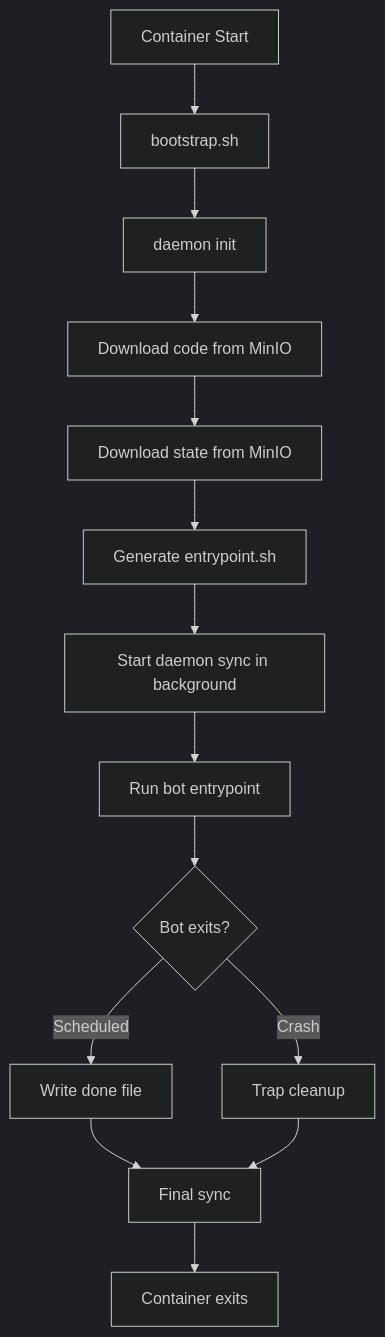
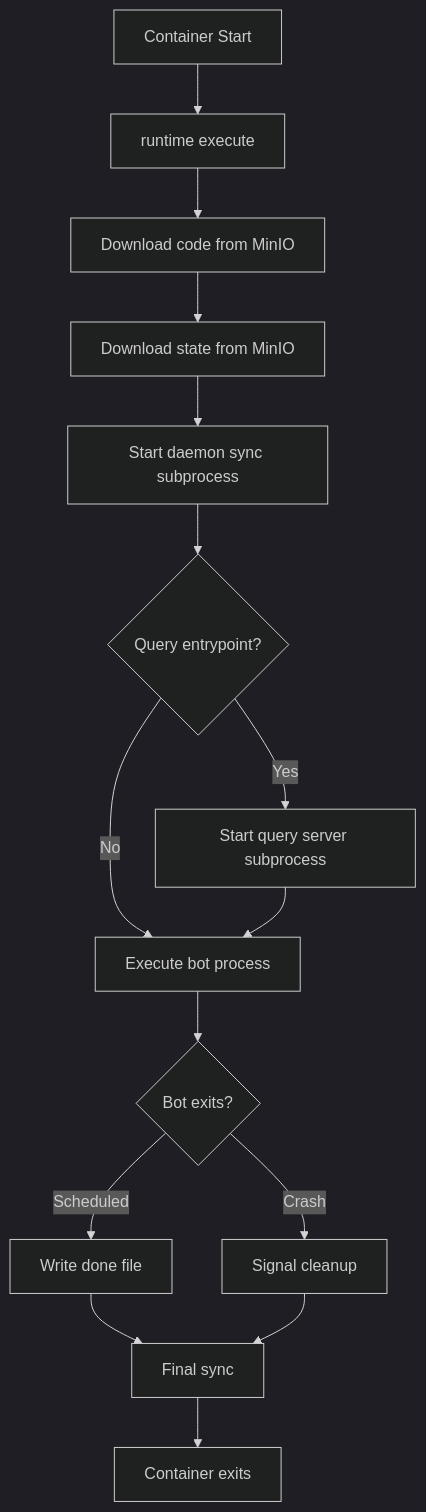
Before and after one commit to alexanderwanyoike/the0: the second of 2 diagrams in runtime/internal/docker/README.md, drawn with Mermaid (dark theme). The commit also changed other lines of this file and 2 other files, not shown here.

First line of the commit message:
docs: Update runtime documentation with query system and architecture

````diff
--- a/runtime/internal/docker/README.md
+++ b/runtime/internal/docker/README.md
@@ -47,16 +48,17 @@
 ```mermaid
 flowchart TD
-    A[Container Start] --> B[bootstrap.sh]
-    B --> C[daemon init]
-    C --> D[Download code from MinIO]
-    D --> E[Download state from MinIO]
-    E --> F[Generate entrypoint.sh]
-    F --> G[Start daemon sync in background]
-    G --> H[Run bot entrypoint]
+    A[Container Start] --> B[runtime execute]
+    B --> C[Download code from MinIO]
+    C --> D[Download state from MinIO]
+    D --> E[Start daemon sync subprocess]
+    E --> F{Query entrypoint?}
+    F -->|Yes| G[Start query server subprocess]
+    F -->|No| H[Execute bot process]
+    G --> H
     H --> I{Bot exits?}
     I -->|Scheduled| J[Write done file]
-    I -->|Crash| K[Trap cleanup]
+    I -->|Crash| K[Signal cleanup]
     J --> L[Final sync]
     K --> L
     L --> M[Container exits]
 ```
````
